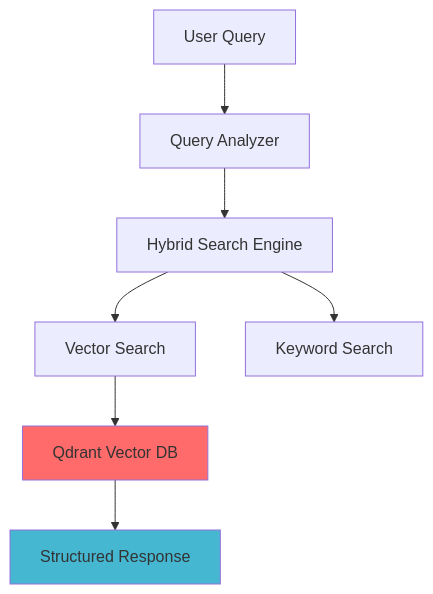
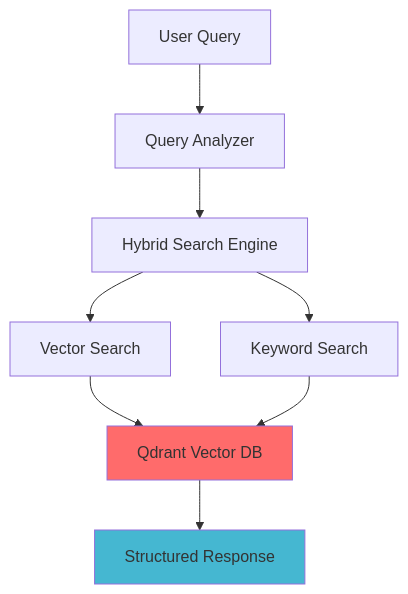
Before and after one commit to thanos-pal/Greek_Law_Case_RAG: the diagram in README.md, drawn with Mermaid.

Commit message:
Change readme.md file.

````diff
--- a/README.md
+++ b/README.md
@@ -49,12 +49,13 @@
 ```mermaid
 graph TB
     A[User Query] --> B[Query Analyzer]
     B --> C[Hybrid Search Engine]
     C --> D[Vector Search]
     C --> E[Keyword Search]
     D --> F[Qdrant Vector DB]
+    E --> F
     F --> J[Structured Response]
 
     style F fill:#ff6b6b
     style J fill:#45b7d1
 ```
````
